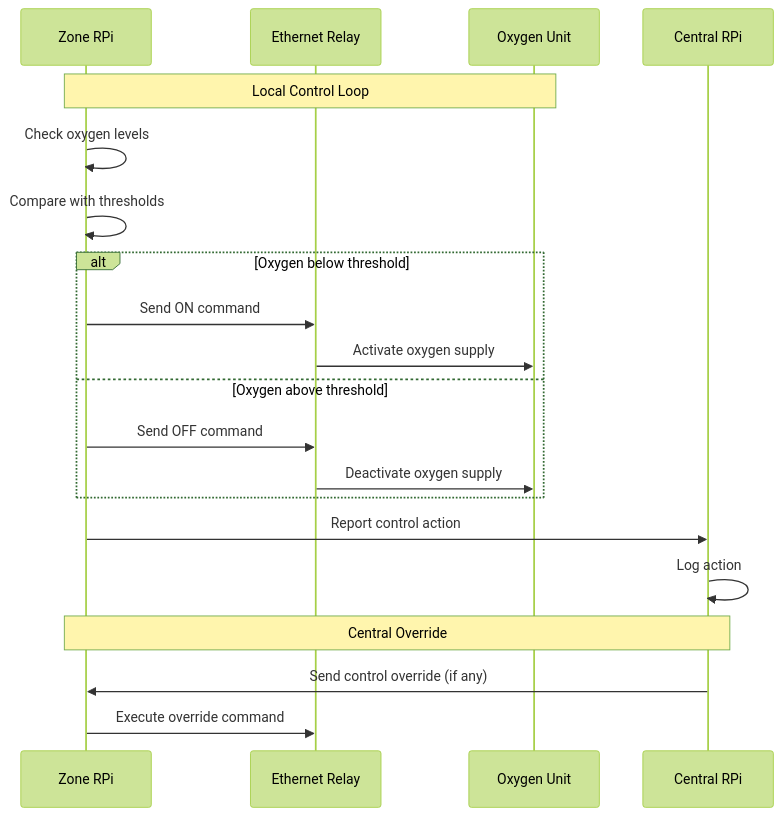
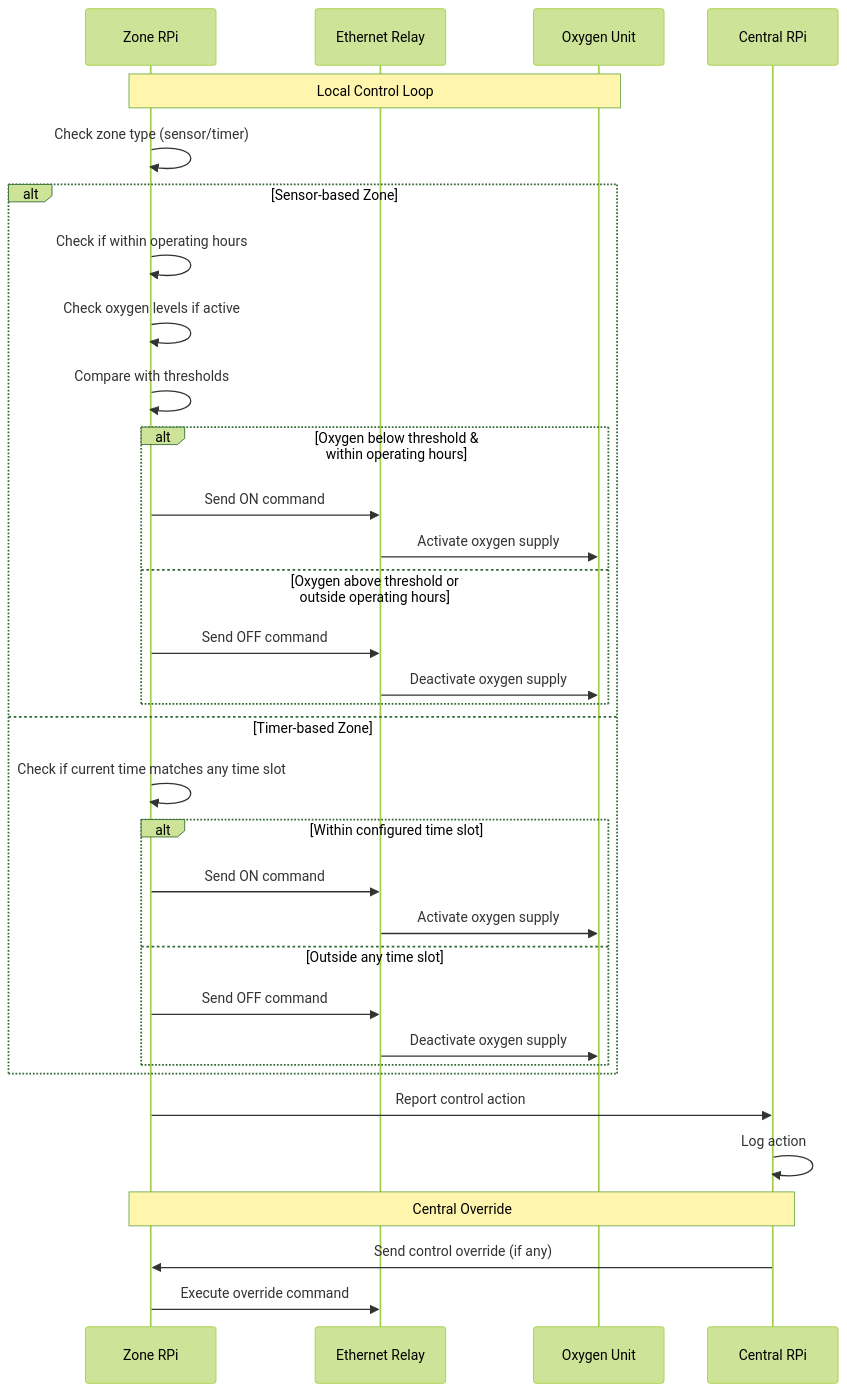
Before and after one commit to adityatripathi05/Oxygen-Enrichment-System: the sixth of 8 diagrams in docs/design_plan.md, drawn with Mermaid (forest theme). The commit also changed other lines of this file, not shown here.

````diff
--- a/docs/design_plan.md
+++ b/docs/design_plan.md
@@ -289,26 +487,41 @@
 ```mermaid
 sequenceDiagram
     participant ZRP as Zone RPi
     participant ER as Ethernet Relay
     participant OU as Oxygen Unit
     participant CRP as Central RPi
     
     Note over ZRP,OU: Local Control Loop
-    ZRP->>ZRP: Check oxygen levels
-    ZRP->>ZRP: Compare with thresholds
+    ZRP->>ZRP: Check zone type (sensor/timer)
     
-    alt Oxygen below threshold
-        ZRP->>ER: Send ON command
-        ER->>OU: Activate oxygen supply
-    else Oxygen above threshold
-        ZRP->>ER: Send OFF command
-        ER->>OU: Deactivate oxygen supply
+    alt Sensor-based Zone
+        ZRP->>ZRP: Check if within operating hours
+        ZRP->>ZRP: Check oxygen levels if active
+        ZRP->>ZRP: Compare with thresholds
+        
+        alt Oxygen below threshold & within operating hours
+            ZRP->>ER: Send ON command
+            ER->>OU: Activate oxygen supply
+        else Oxygen above threshold or outside operating hours
+            ZRP->>ER: Send OFF command
+            ER->>OU: Deactivate oxygen supply
+        end
+    else Timer-based Zone
+        ZRP->>ZRP: Check if current time matches any time slot
+        
+        alt Within configured time slot
+            ZRP->>ER: Send ON command
+            ER->>OU: Activate oxygen supply
+        else Outside any time slot
+            ZRP->>ER: Send OFF command
+            ER->>OU: Deactivate oxygen supply
+        end
     end
     
     ZRP->>CRP: Report control action
     CRP->>CRP: Log action
     
     Note over CRP,ZRP: Central Override
     CRP->>ZRP: Send control override (if any)
     ZRP->>ER: Execute override command
 ```
````
